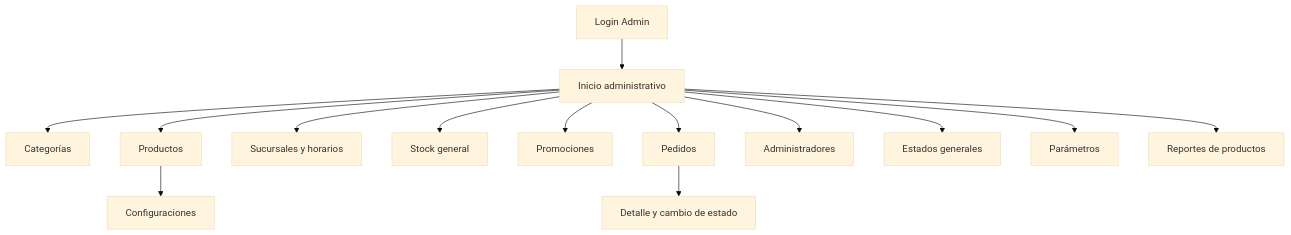
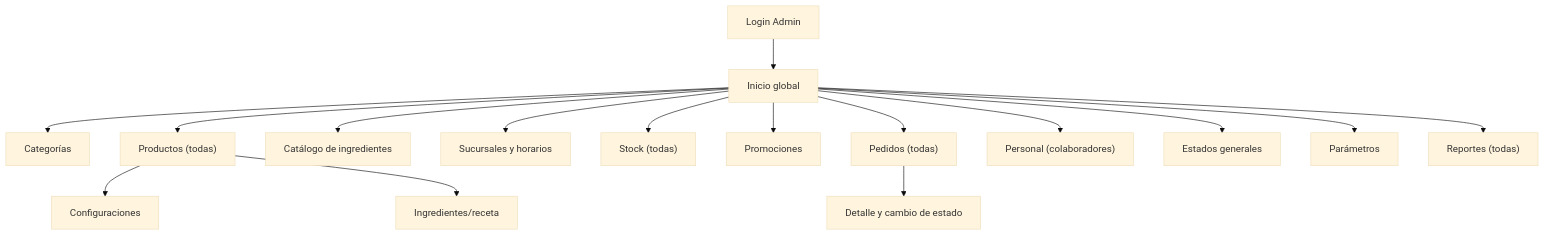
The fourth of 5 diagrams in client/docs/requerimientos-funcionales.md (thomasbarenghi/desa-apps-prueba), drawn with Mermaid (base theme) before and after one commit. The commit also changed other lines of this file and 2 other files, not shown here.

First line of the commit message:
docs(plan): add backend microservices architecture and API requirements

````diff
--- a/client/docs/requerimientos-funcionales.md
+++ b/client/docs/requerimientos-funcionales.md
@@ -1343,16 +1749,18 @@
 ```mermaid
 flowchart TB
-    LOGIN[Login Admin] --> HOME[Inicio administrativo]
+    LOGIN[Login Admin] --> HOME[Inicio global]
     HOME --> CATEGORIES[Categorías]
-    HOME --> PRODUCTS[Productos]
+    HOME --> PRODUCTS["Productos (todas)"]
     PRODUCTS --> CONFIGS[Configuraciones]
+    PRODUCTS --> RECIPES["Ingredientes/receta"]
+    HOME --> INGREDIENTS["Catálogo de ingredientes"]
     HOME --> BRANCHES[Sucursales y horarios]
-    HOME --> STOCK[Stock general]
+    HOME --> STOCK["Stock (todas)"]
     HOME --> PROMOTIONS[Promociones]
-    HOME --> ORDERS[Pedidos]
+    HOME --> ORDERS["Pedidos (todas)"]
     ORDERS --> ORDER_DETAIL[Detalle y cambio de estado]
-    HOME --> ADMINS[Administradores]
+    HOME --> ADMINS["Personal (colaboradores)"]
     HOME --> STATES[Estados generales]
     HOME --> PARAMETERS[Parámetros]
-    HOME --> REPORTS[Reportes de productos]
+    HOME --> REPORTS["Reportes (todas)"]
 ```
````
